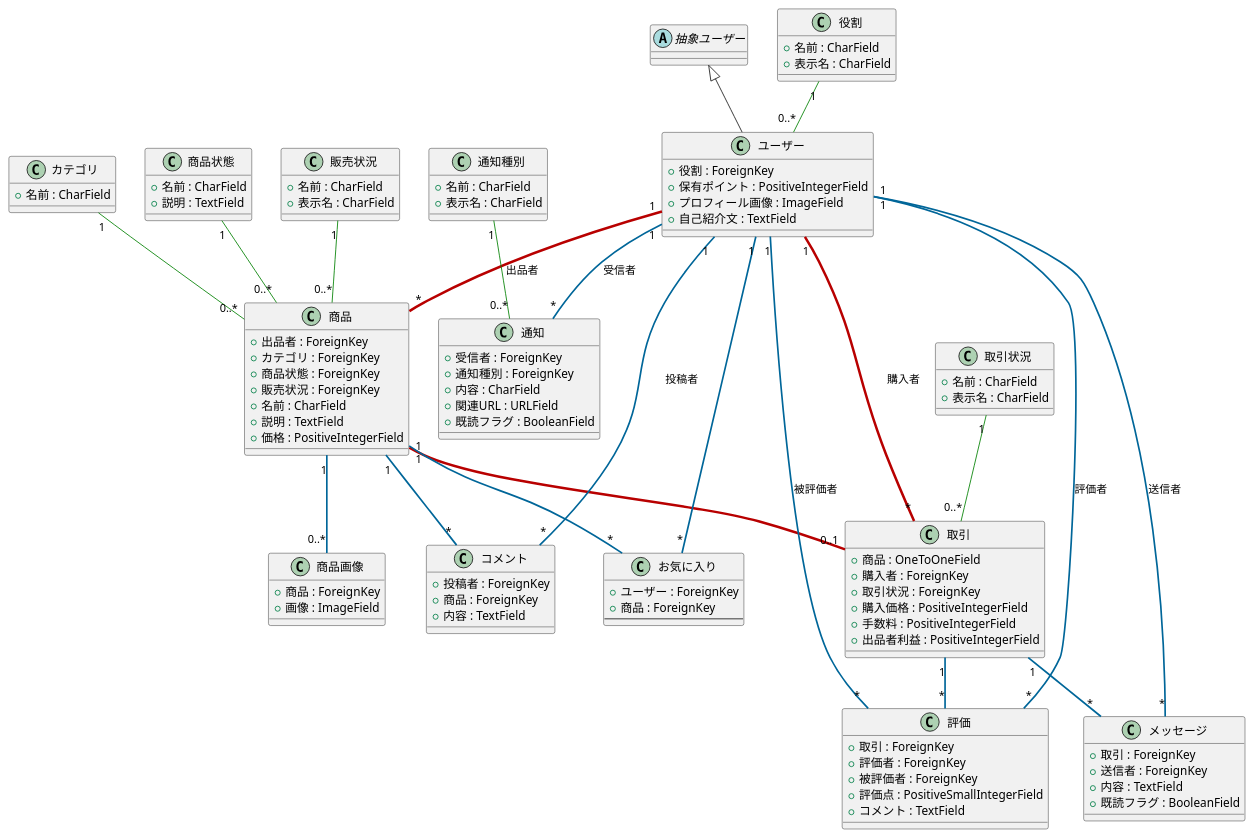
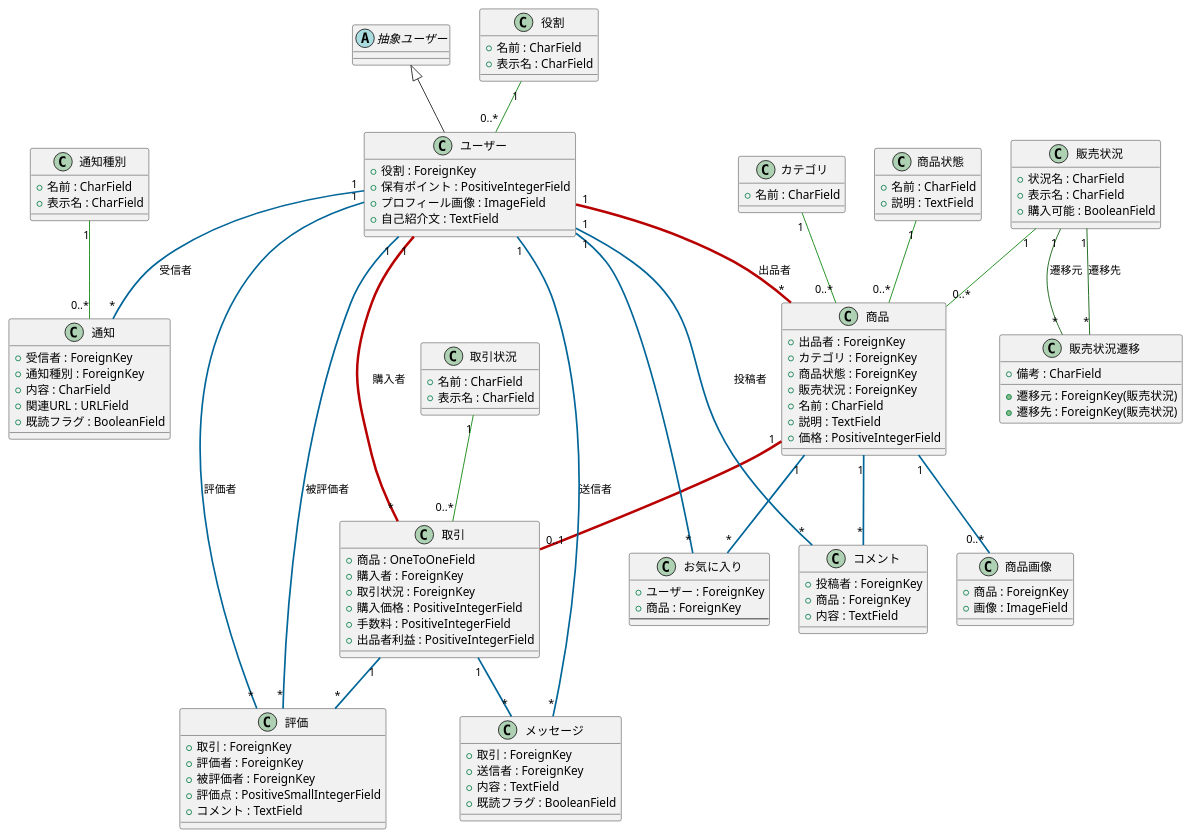
One commit to kairi-fujii/PythonSystemDevelopment changed the diagram in Design/ClassDiagram_LogicalName.pu. Above: the diagram before and after it, drawn with PlantUML. The commit also changed 14 other files, not shown here.

```diff
--- a/Design/ClassDiagram_LogicalName.pu
+++ b/Design/ClassDiagram_LogicalName.pu
@@ -1,144 +1,154 @@
-@startuml Final_Japanese_Model_Refined_Roles
+@startuml Japanese_Model
 
 ' === デザイン調整 (skinparam) ===
 skinparam {
     BackgroundColor #FFFFFF, ArrowColor #505050, shadowing false,
     ClassAttributeIconSize 0, ClassBorderColor #333333, ClassBackgroundColor #FFFFF0,
 }
 
 ' === エンティティ定義 (実装の境界線を排除) ===
 
 abstract class "抽象ユーザー" as AbstractUser
 
 class 役割 {
     + 名前 : CharField
     + 表示名 : CharField
 }
 
 class ユーザー {
     + 役割 : ForeignKey
     + 保有ポイント : PositiveIntegerField
     + プロフィール画像 : ImageField
     + 自己紹介文 : TextField
 }
 
 class カテゴリ {
     + 名前 : CharField
 }
 
 class 商品状態 {
     + 名前 : CharField
     + 説明 : TextField
 }
 
 class 販売状況 {
-    + 名前 : CharField
+    + 状況名 : CharField
     + 表示名 : CharField
+    + 購入可能 : BooleanField
 }
 
 class 取引状況 {
     + 名前 : CharField
     + 表示名 : CharField
+}
+
+class 販売状況遷移 {
+    + 遷移元 : ForeignKey(販売状況)
+    + 遷移先 : ForeignKey(販売状況)
+    + 備考 : CharField
 }
 
 class 通知種別 {
     + 名前 : CharField
     + 表示名 : CharField
 }
 
 class 商品 {
     + 出品者 : ForeignKey
     + カテゴリ : ForeignKey
     + 商品状態 : ForeignKey
     + 販売状況 : ForeignKey
     + 名前 : CharField
     + 説明 : TextField
     + 価格 : PositiveIntegerField
 }
 
 class 商品画像 {
     + 商品 : ForeignKey
     + 画像 : ImageField
 }
 
 class 取引 {
     + 商品 : OneToOneField
     + 購入者 : ForeignKey
     + 取引状況 : ForeignKey
     + 購入価格 : PositiveIntegerField
     + 手数料 : PositiveIntegerField
     + 出品者利益 : PositiveIntegerField
 }
 
 class コメント {
     + 投稿者 : ForeignKey
     + 商品 : ForeignKey
     + 内容 : TextField
 }
 
 class お気に入り {
     + ユーザー : ForeignKey
     + 商品 : ForeignKey
     --
 }
 
 class メッセージ {
     + 取引 : ForeignKey
     + 送信者 : ForeignKey
     + 内容 : TextField
     + 既読フラグ : BooleanField
 }
 
 class 評価 {
     + 取引 : ForeignKey
     + 評価者 : ForeignKey
     + 被評価者 : ForeignKey
     + 評価点 : PositiveSmallIntegerField
     + コメント : TextField
 }
 
 class 通知 {
     + 受信者 : ForeignKey
     + 通知種別 : ForeignKey
     + 内容 : CharField
     + 関連URL : URLField
     + 既読フラグ : BooleanField
 }
 
 
 ' --- モデル間のリレーションを定義 ---
 
 AbstractUser <|-- ユーザー
 
 ' ■ accounts内の関連
 役割 "1" -[#008000,thickness=1]- "0..*" ユーザー
 
 ' ■ 主要な関連
 ユーザー "1" -[#B80000,thickness=3]- "*" 商品 : 出品者
 ユーザー "1" -[#B80000,thickness=3]- "*" 取引 : 購入者
 商品 "1" -[#B80000,thickness=3]- "0..1" 取引
 
 ' ■ 従属的な関連
 ユーザー "1" -[#006699,thickness=2]- "*" コメント : 投稿者
 ユーザー "1" -[#006699,thickness=2]- "*" お気に入り
 ユーザー "1" -[#006699,thickness=2]- "*" メッセージ : 送信者
 ' 評価者と被評価者は必須
 ユーザー "1" -[#006699,thickness=2]- "*" 評価 : 評価者
 ユーザー "1" -[#006699,thickness=2]- "*" 評価 : 被評価者
 ユーザー "1" -[#006699,thickness=2]- "*" 通知 : 受信者
 
 商品 "1" -[#006699,thickness=2]- "*" コメント
 商品 "1" -[#006699,thickness=2]- "*" お気に入り
 商品 "1" -[#006699,thickness=2]- "0..*" 商品画像
 
 取引 "1" -[#006699,thickness=2]- "*" メッセージ
 取引 "1" -[#006699,thickness=2]- "*" 評価
 
 ' ■ マスタ参照の関連
 カテゴリ "1" -[#008000,thickness=1]- "0..*" 商品
 商品状態 "1" -[#008000,thickness=1]- "0..*" 商品
 販売状況 "1" -[#008000,thickness=1]- "0..*" 商品
 取引状況 "1" -[#008000,thickness=1]- "0..*" 取引
 通知種別 "1" -[#008000,thickness=1]- "0..*" 通知
 
+販売状況 "1" -[#005500,thickness=1]- "*" 販売状況遷移 : 遷移元
+販売状況 "1" -[#005500,thickness=1]- "*" 販売状況遷移 : 遷移先
+
 @enduml
```
